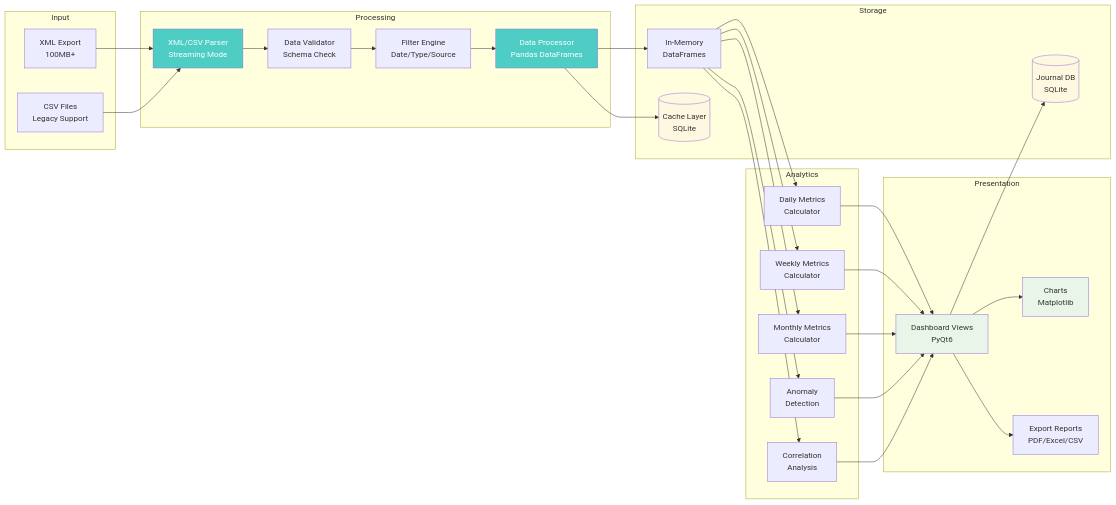
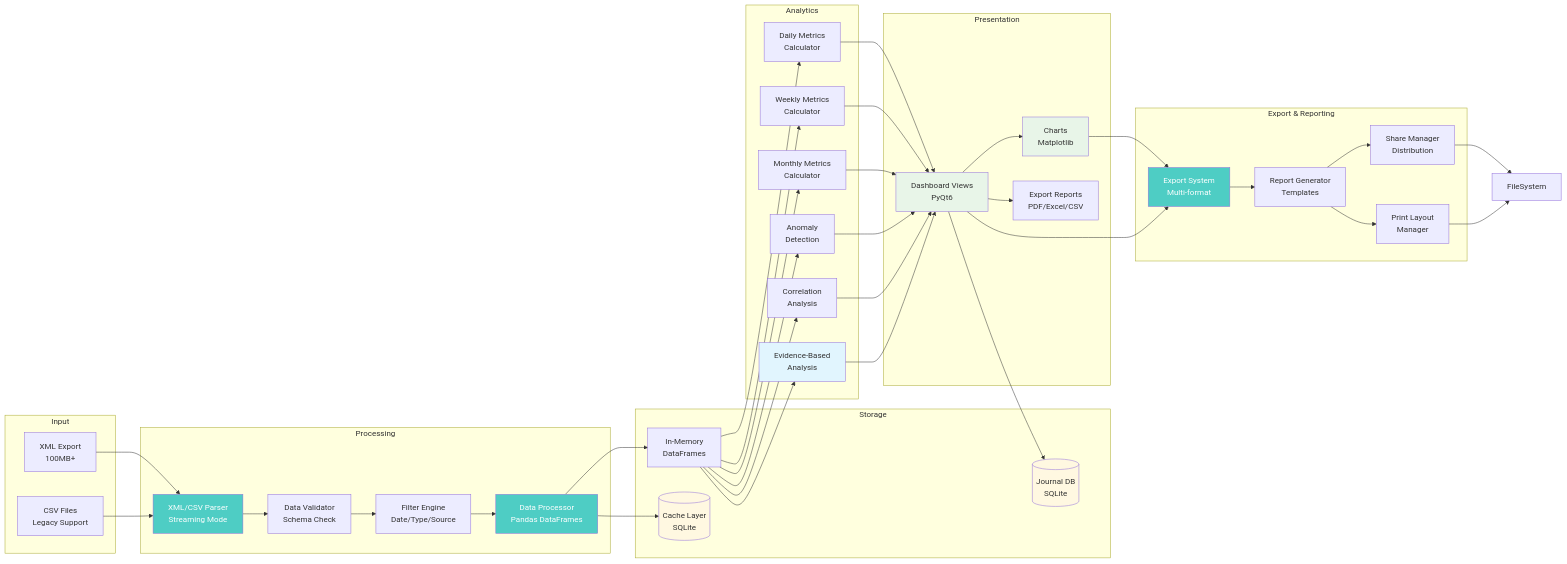
One commit to AlexFiliakov/iQuest changed the second of 3 diagrams in docs/architecture/context_diagram.md. Above: the diagram before and after it, drawn with Mermaid. The commit also changed 4 other files, not shown here.

Commit message:
update mermaid diagrams

````diff
--- a/docs/architecture/context_diagram.md
+++ b/docs/architecture/context_diagram.md
@@ -65,12 +65,20 @@
         Monthly[Monthly Metrics<br/>Calculator]
         Anomaly[Anomaly<br/>Detection]
         Correlation[Correlation<br/>Analysis]
+        Evidence[Evidence-Based<br/>Analysis]
     end
     
     subgraph Presentation
         Dashboard[Dashboard Views<br/>PyQt6]
         Charts[Charts<br/>Matplotlib]
         Reports[Export Reports<br/>PDF/Excel/CSV]
+    end
+    
+    subgraph "Export & Reporting"
+        ExportSys[Export System<br/>Multi-format]
+        ReportGen[Report Generator<br/>Templates]
+        ShareMgr[Share Manager<br/>Distribution]
+        PrintLayout[Print Layout<br/>Manager]
     end
     
     %% Data flow connections
@@ -87,16 +95,26 @@
     Memory --> Monthly
     Memory --> Anomaly
     Memory --> Correlation
+    Memory --> Evidence
     
     Daily --> Dashboard
     Weekly --> Dashboard
     Monthly --> Dashboard
     Anomaly --> Dashboard
     Correlation --> Dashboard
+    Evidence --> Dashboard
     
     Dashboard --> Charts
     Dashboard --> Reports
     Dashboard --> Journal
+    
+    Charts --> ExportSys
+    Dashboard --> ExportSys
+    ExportSys --> ReportGen
+    ReportGen --> ShareMgr
+    ReportGen --> PrintLayout
+    ShareMgr --> FileSystem
+    PrintLayout --> FileSystem
     
     %% Styling
     style Parser fill:#4ecdc4,color:#fff
@@ -105,4 +123,6 @@
     style Charts fill:#e8f5e8
     style Cache fill:#fff8e1
     style Journal fill:#fff8e1
+    style ExportSys fill:#4ecdc4,color:#fff
+    style Evidence fill:#e1f5fe
 ```
````
